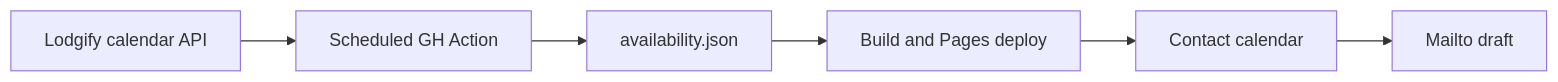
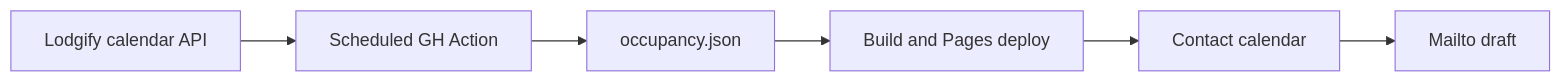
The diagram in .cursor/plans/lodgify-availability.md (rednaw/anticobagliosiciliano), drawn with Mermaid before and after one commit. The commit also changed other lines of this file and 7 other files, not shown here.

Commit message:
rename availability.json -> occupancy.json

````diff
--- a/.cursor/plans/lodgify-availability.md
+++ b/.cursor/plans/lodgify-availability.md
@@ -34,15 +34,15 @@
 ```mermaid
 flowchart LR
   Lodgify["Lodgify calendar API"]
   Sync["Scheduled GH Action"]
-  JSON["availability.json"]
+  JSON["occupancy.json"]
   CI["Build and Pages deploy"]
   Form["Contact calendar"]
   Mail["Mailto draft"]
 
   Lodgify --> Sync
   Sync --> JSON
   JSON --> CI
   CI --> Form
   Form --> Mail
 ```
````
